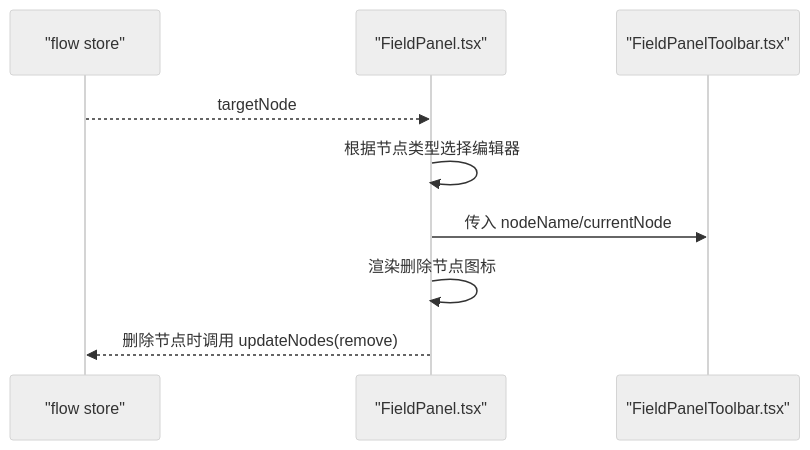
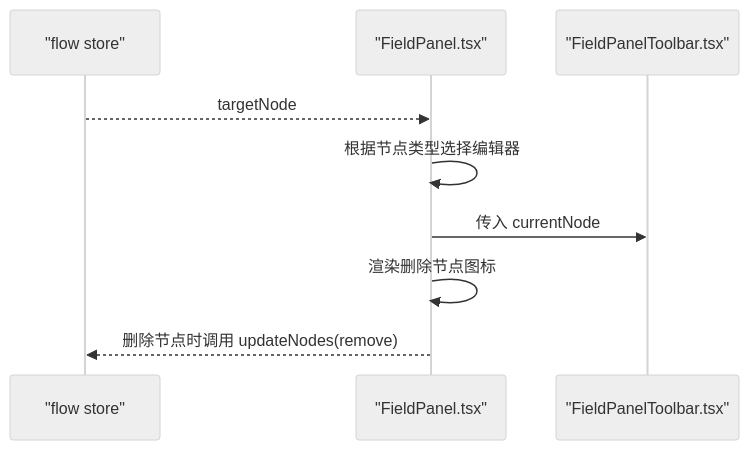
The fourth of 6 diagrams in .qoder/repowiki/zh/content/核心概念/字段面板工具栏.md (kqcoxn/MaaPipelineEditor), drawn with Mermaid (neutral theme) before and after one commit. The commit also changed other lines of this file and 6 other files, not shown here.

````diff
--- a/.qoder/repowiki/zh/content/核心概念/字段面板工具栏.md
+++ b/.qoder/repowiki/zh/content/核心概念/字段面板工具栏.md
@@ -204,11 +166,11 @@
 ```mermaid
 sequenceDiagram
 participant Store as "flow store"
 participant FP as "FieldPanel.tsx"
 participant FPT as "FieldPanelToolbar.tsx"
 Store-->>FP : targetNode
 FP->>FP : 根据节点类型选择编辑器
-FP->>FPT : 传入 nodeName/currentNode
+FP->>FPT : 传入 currentNode
 FP->>FP : 渲染删除节点图标
 FP-->>Store : 删除节点时调用 updateNodes(remove)
 ```
````
